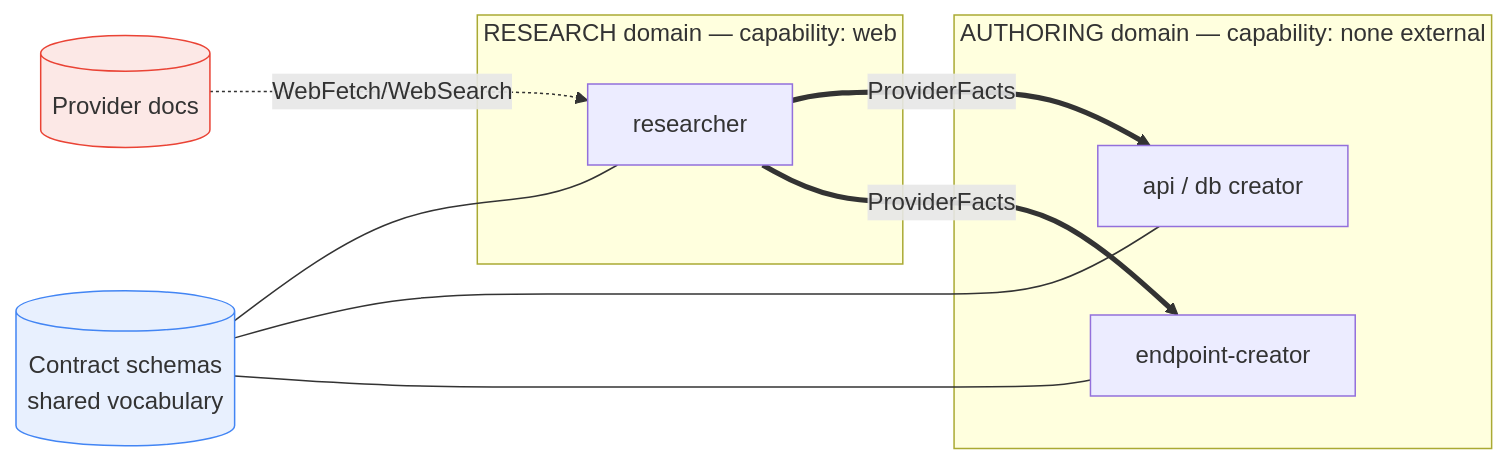
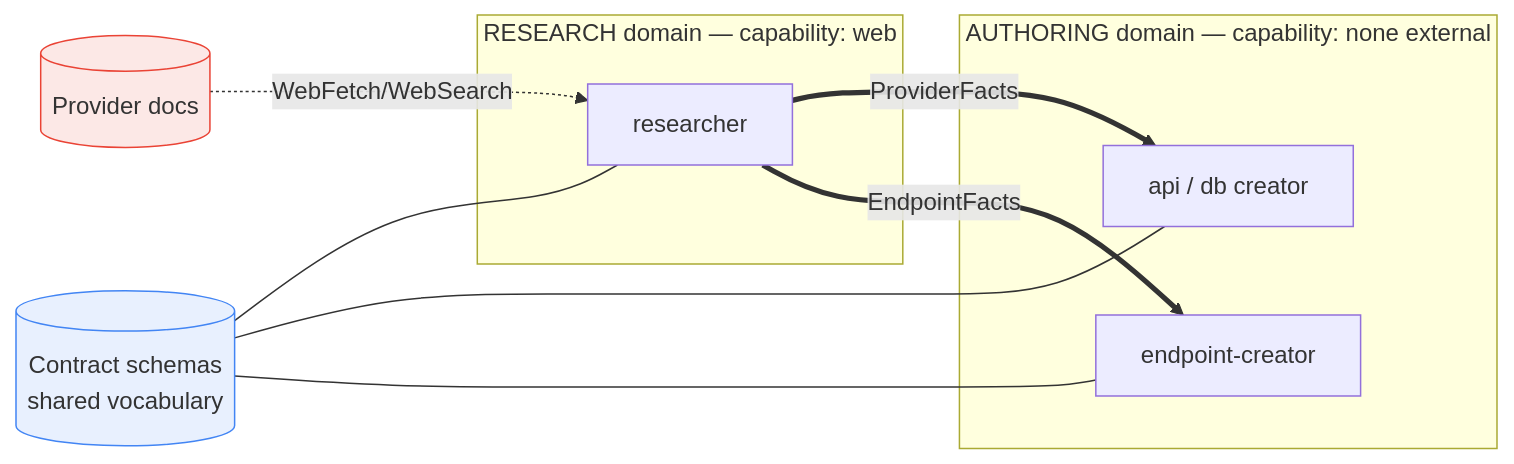
One commit to analitiq-ai/claude-plugin-connector-creator changed the fifth of 6 diagrams in docs/design/contract-derived-research.md. Above: the diagram before and after it, drawn with Mermaid. The commit also changed other lines of this file and 6 other files, not shown here.

````diff
--- a/docs/design/contract-derived-research.md
+++ b/docs/design/contract-derived-research.md
@@ -283,25 +283,25 @@
 ```mermaid
 flowchart LR
     Docs[(Provider docs)]:::ext
 
     subgraph RES[RESEARCH domain — capability: web]
         R[researcher]
     end
 
     subgraph AUTH[AUTHORING domain — capability: none external]
         C[api / db creator]
         E[endpoint-creator]
     end
 
     SC[(Contract schemas<br/>shared vocabulary)]:::c
 
     Docs -. WebFetch/WebSearch .-> R
     SC --- R
     SC --- C
     SC --- E
     R == ProviderFacts ==> C
-    R == ProviderFacts ==> E
+    R == EndpointFacts ==> E
 
     classDef ext fill:#fce8e6,stroke:#ea4335;
     classDef c fill:#e8f0fe,stroke:#4285f4;
 ```
````
